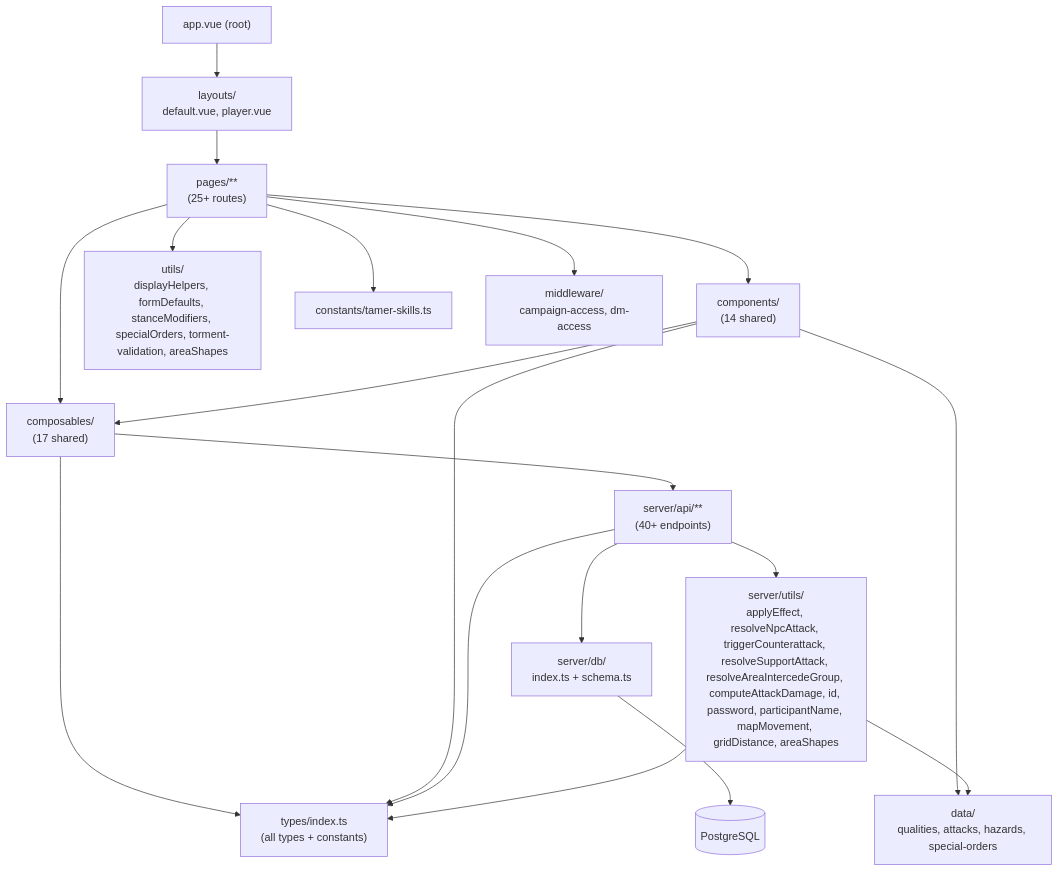
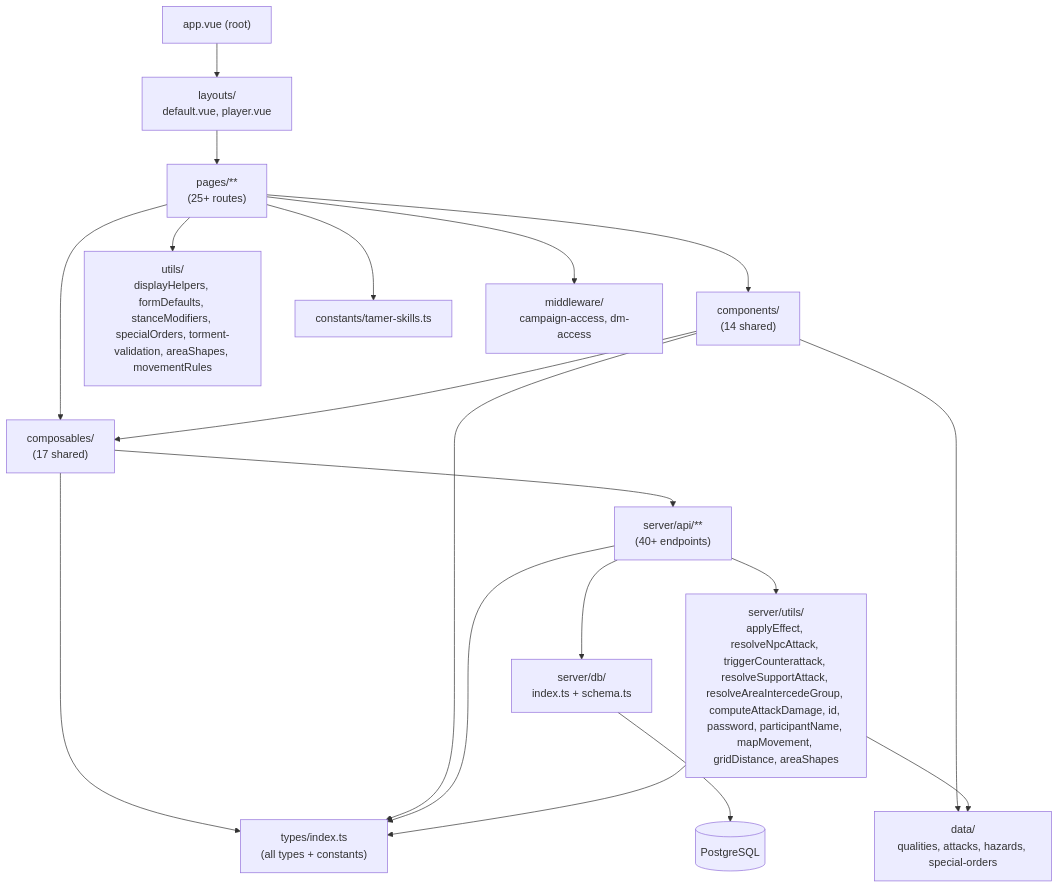
Before and after one commit to Eddy-Above/DDA-Tactics: the diagram in PROJECT_MAP.md, drawn with Mermaid. The commit also changed other lines of this file and 5 other files, not shown here.

````diff
--- a/PROJECT_MAP.md
+++ b/PROJECT_MAP.md
@@ -527,35 +528,35 @@
 ```mermaid
 flowchart TD
     App["app.vue (root)"]
     Layouts["layouts/\ndefault.vue, player.vue"]
     Pages["pages/**\n(25+ routes)"]
     Components["components/\n(14 shared)"]
     Composables["composables/\n(17 shared)"]
     Types["types/index.ts\n(all types + constants)"]
     Data["data/\nqualities, attacks, hazards, special-orders"]
-    Utils["utils/\ndisplayHelpers, formDefaults, stanceModifiers, specialOrders, torment-validation, areaShapes"]
+    Utils["utils/\ndisplayHelpers, formDefaults, stanceModifiers, specialOrders, torment-validation, areaShapes, movementRules"]
     Constants["constants/tamer-skills.ts"]
     Middleware["middleware/\ncampaign-access, dm-access"]
     ServerAPI["server/api/**\n(40+ endpoints)"]
     ServerUtils["server/utils/\napplyEffect, resolveNpcAttack, triggerCounterattack, resolveSupportAttack, resolveAreaIntercedeGroup, computeAttackDamage, id, password, participantName, mapMovement, gridDistance, areaShapes"]
     DB["server/db/\nindex.ts + schema.ts"]
     Postgres[("PostgreSQL")]
 
     App --> Layouts --> Pages
     Pages --> Components
     Pages --> Composables
     Components --> Composables
     Composables --> Types
     Composables --> ServerAPI
     Components --> Types
     Components --> Data
     Pages --> Middleware
     Pages --> Utils
     Pages --> Constants
     ServerAPI --> DB
     ServerAPI --> ServerUtils
     ServerAPI --> Types
     ServerUtils --> Types
     ServerUtils --> Data
     DB --> Postgres
 ```
````
